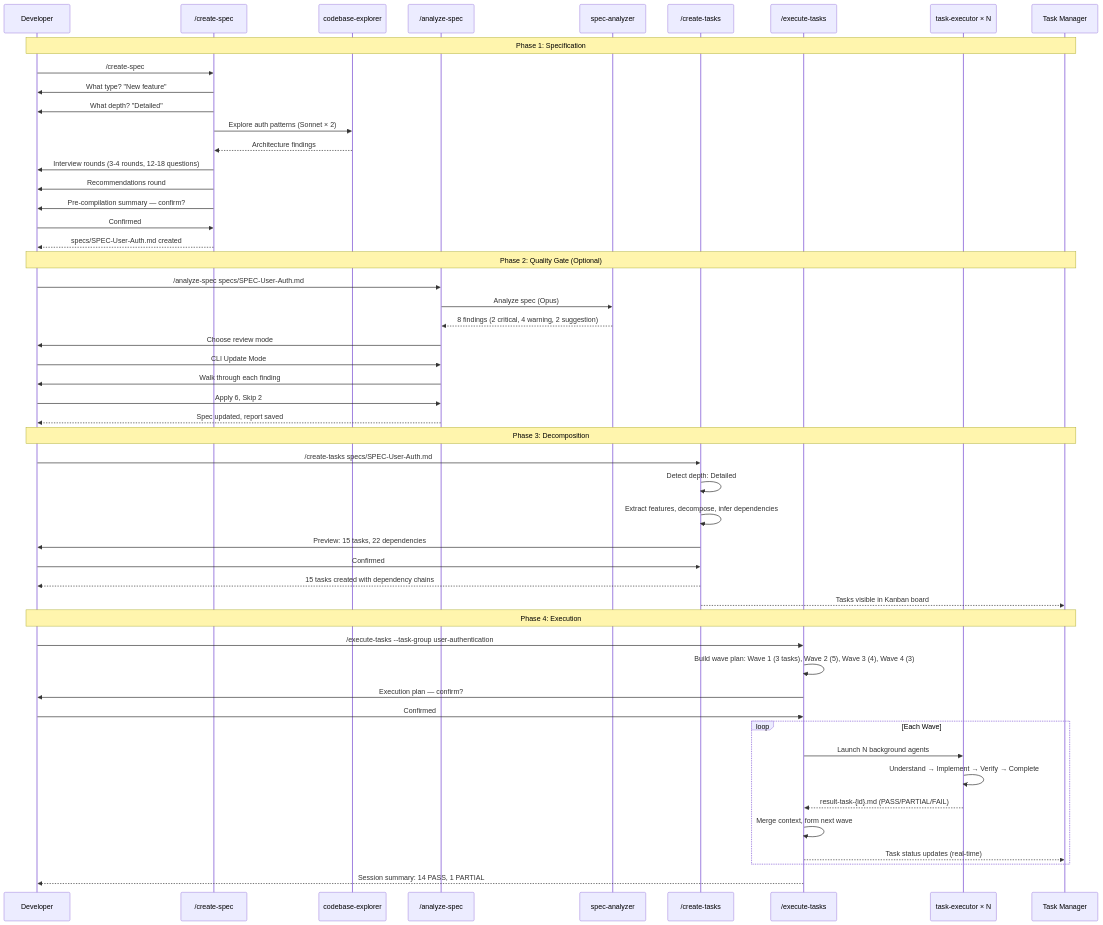
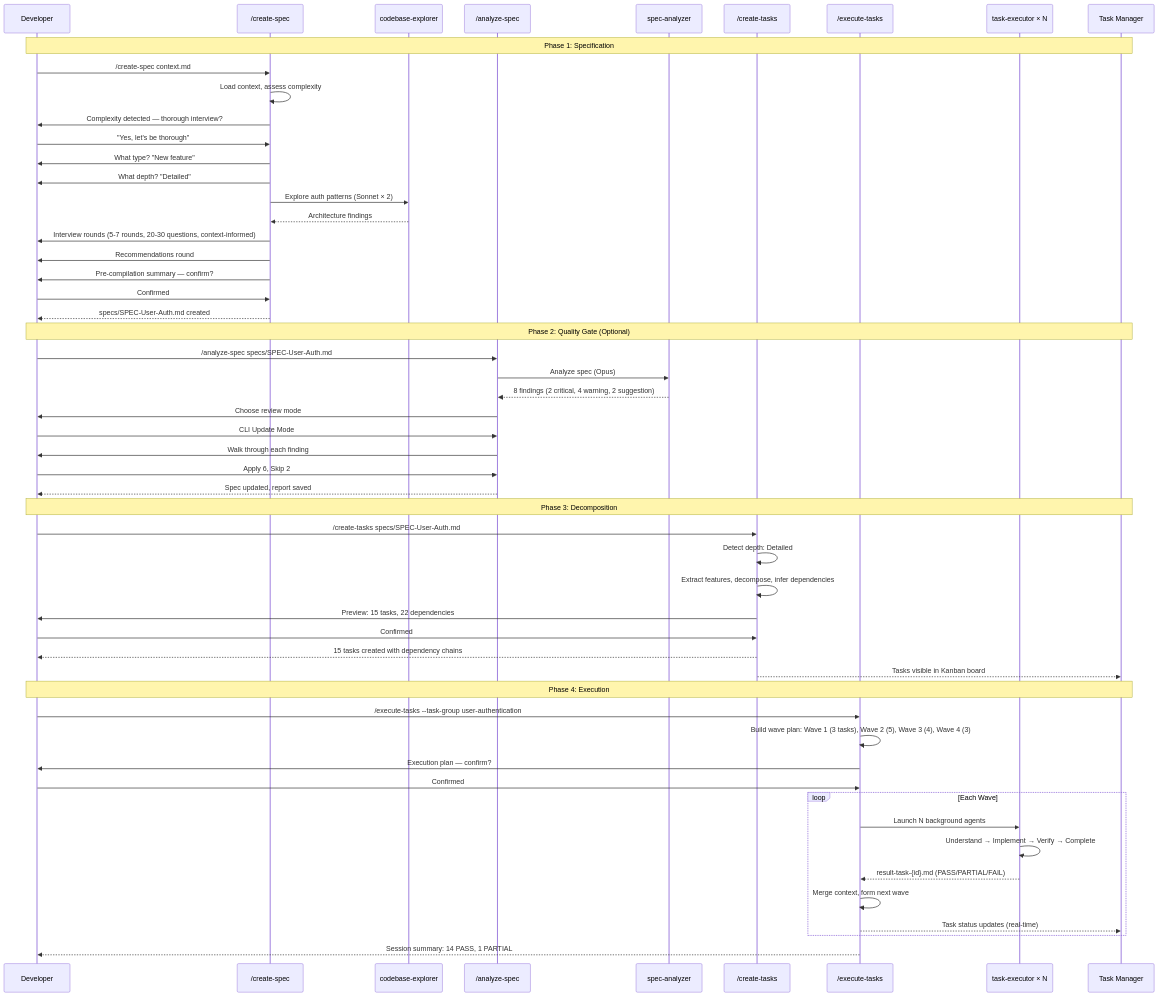
Diagram 13 of 16 in claude/sdd-tools/DEEP-DIVE.md (sequenzia/agent-alchemy), drawn with Mermaid before and after one commit. The commit also changed other lines of this file and 10 other files, not shown here.

First line of the commit message:
feat(sdd-tools): add context input and complexity-driven interview expansion to create-spec

````diff
--- a/claude/sdd-tools/DEEP-DIVE.md
+++ b/claude/sdd-tools/DEEP-DIVE.md
@@ -660,63 +693,66 @@
 ```mermaid
 sequenceDiagram
     participant U as Developer
     participant CS as /create-spec
     participant CE as codebase-explorer
     participant AS as /analyze-spec
     participant SA as spec-analyzer
     participant CT as /create-tasks
     participant ET as /execute-tasks
     participant TE as task-executor × N
     participant TM as Task Manager
 
     Note over U,TM: Phase 1: Specification
 
-    U->>CS: /create-spec
+    U->>CS: /create-spec context.md
+    CS->>CS: Load context, assess complexity
+    CS->>U: Complexity detected — thorough interview?
+    U->>CS: "Yes, let's be thorough"
     CS->>U: What type? "New feature"
     CS->>U: What depth? "Detailed"
     CS->>CE: Explore auth patterns (Sonnet × 2)
     CE-->>CS: Architecture findings
-    CS->>U: Interview rounds (3-4 rounds, 12-18 questions)
+    CS->>U: Interview rounds (5-7 rounds, 20-30 questions, context-informed)
     CS->>U: Recommendations round
     CS->>U: Pre-compilation summary — confirm?
     U->>CS: Confirmed
     CS-->>U: specs/SPEC-User-Auth.md created
 
     Note over U,TM: Phase 2: Quality Gate (Optional)
 
     U->>AS: /analyze-spec specs/SPEC-User-Auth.md
     AS->>SA: Analyze spec (Opus)
     SA-->>AS: 8 findings (2 critical, 4 warning, 2 suggestion)
     AS->>U: Choose review mode
     U->>AS: CLI Update Mode
     AS->>U: Walk through each finding
     U->>AS: Apply 6, Skip 2
     AS-->>U: Spec updated, report saved
 
     Note over U,TM: Phase 3: Decomposition
 
     U->>CT: /create-tasks specs/SPEC-User-Auth.md
     CT->>CT: Detect depth: Detailed
     CT->>CT: Extract features, decompose, infer dependencies
     CT->>U: Preview: 15 tasks, 22 dependencies
     U->>CT: Confirmed
     CT-->>U: 15 tasks created with dependency chains
     CT-->>TM: Tasks visible in Kanban board
 
     Note over U,TM: Phase 4: Execution
 
     U->>ET: /execute-tasks --task-group user-authentication
     ET->>ET: Build wave plan: Wave 1 (3 tasks), Wave 2 (5), Wave 3 (4), Wave 4 (3)
     ET->>U: Execution plan — confirm?
     U->>ET: Confirmed
 
     loop Each Wave
         ET->>TE: Launch N background agents
         TE->>TE: Understand → Implement → Verify → Complete
         TE-->>ET: result-task-{id}.md (PASS/PARTIAL/FAIL)
         ET->>ET: Merge context, form next wave
         ET-->>TM: Task status updates (real-time)
     end
 
     ET-->>U: Session summary: 14 PASS, 1 PARTIAL
 ```
````
